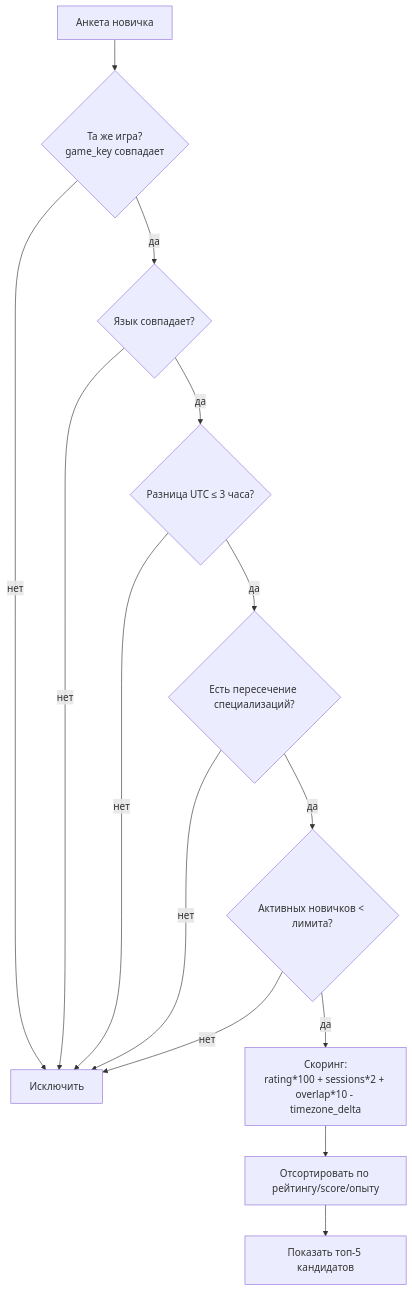
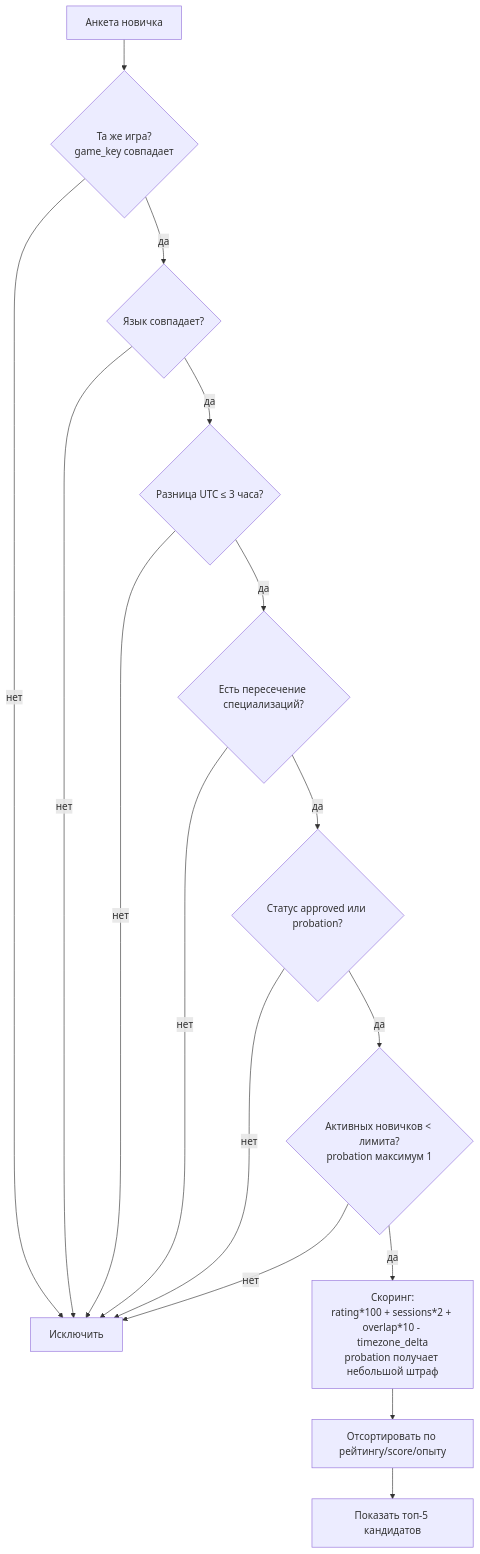
One commit to 10macluni/mentor_bot changed the third of 5 diagrams in docs/mentor_bot_visualization.md. Above: the diagram before and after it, drawn with Mermaid. The commit also changed other lines of this file and 14 other files, not shown here.

````diff
--- a/docs/mentor_bot_visualization.md
+++ b/docs/mentor_bot_visualization.md
@@ -53,16 +50,18 @@
 ```mermaid
 flowchart TD
     N[Анкета новичка] --> G{Та же игра?\ngame_key совпадает}
     G -- нет --> X[Исключить]
     G -- да --> L{Язык совпадает?}
     L -- нет --> X
     L -- да --> T{Разница UTC ≤ 3 часа?}
     T -- нет --> X
     T -- да --> SP{Есть пересечение специализаций?}
     SP -- нет --> X
-    SP -- да --> CAP{Активных новичков < лимита?}
+    SP -- да --> ST{Статус approved или probation?}
+    ST -- нет --> X
+    ST -- да --> CAP{Активных новичков < лимита?\nprobation максимум 1}
     CAP -- нет --> X
-    CAP -- да --> SCORE[Скоринг:\nrating*100 + sessions*2 + overlap*10 - timezone_delta]
+    CAP -- да --> SCORE[Скоринг:\nrating*100 + sessions*2 + overlap*10 - timezone_delta\nprobation получает небольшой штраф]
     SCORE --> TOP[Отсортировать по рейтингу/score/опыту]
     TOP --> RESULT[Показать топ-5 кандидатов]
 ```
````
